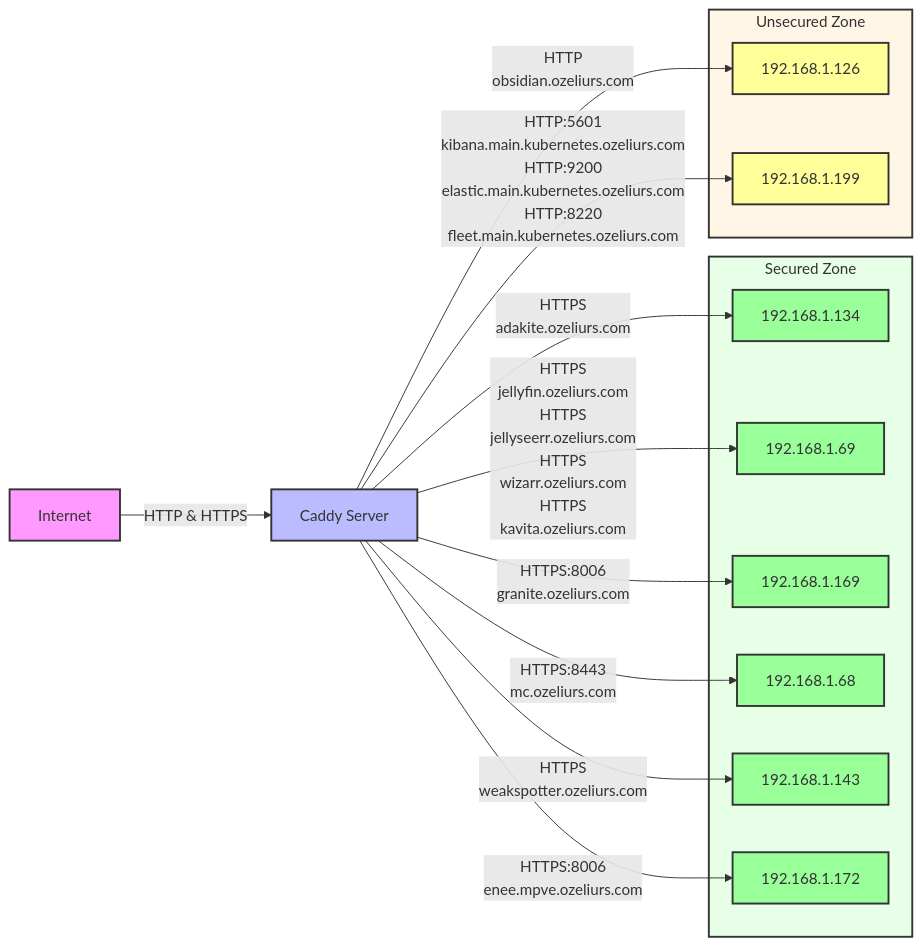
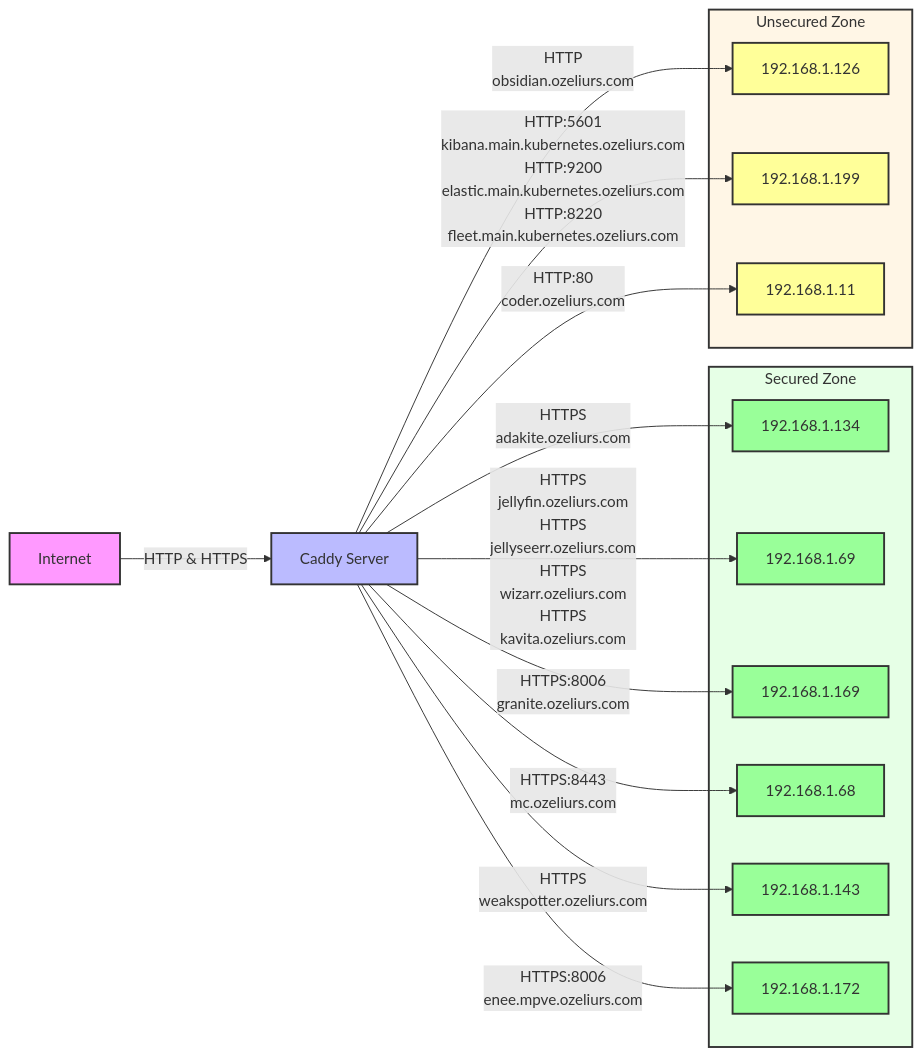
The diagram in README.md (ozeliurs/dc-reverse-proxy-config), drawn with Mermaid before and after one commit. The commit also changed 1 other file, not shown here.

Commit message:
Generate and update Caddyfile, Mermaid diagram, and Dockerfile

````diff
--- a/README.md
+++ b/README.md
@@ -34,54 +34,57 @@
 ```mermaid
 graph LR
     %% Style definitions
     classDef internet fill:#f9f,stroke:#333,stroke-width:2px;
     classDef proxy fill:#bbf,stroke:#333,stroke-width:2px;
     classDef backend fill:#bfb,stroke:#333,stroke-width:2px;
     classDef secure fill:#9f9,stroke:#333,stroke-width:2px;
     classDef unsecure fill:#ff9,stroke:#333,stroke-width:2px;
 
     %% Nodes
     I[Internet]
     C[Caddy Server]
 
     %% Apply styles
     class I internet
     class C proxy
 
     %% Base connections
     I -->|HTTP & HTTPS| C
 
     %% Backend groups
     subgraph Secured[Secured Zone]
         style Secured fill:#e6ffe6,stroke:#333,stroke-width:2px
         S0[192.168.1.134]
         class S0 secure
         S1[192.168.1.69]
         class S1 secure
         S2[192.168.1.169]
         class S2 secure
         S3[192.168.1.68]
         class S3 secure
         S4[192.168.1.143]
         class S4 secure
         S5[192.168.1.172]
         class S5 secure
     end
 
     subgraph Unsecured[Unsecured Zone]
         style Unsecured fill:#fff6e6,stroke:#333,stroke-width:2px
         U0[192.168.1.126]
         class U0 unsecure
         U1[192.168.1.199]
         class U1 unsecure
+        U2[192.168.1.11]
+        class U2 unsecure
     end
 
     C -->|HTTPS<br>adakite.ozeliurs.com| S0
     C -->|HTTPS<br>jellyfin.ozeliurs.com<br>HTTPS<br>jellyseerr.ozeliurs.com<br>HTTPS<br>wizarr.ozeliurs.com<br>HTTPS<br>kavita.ozeliurs.com| S1
     C -->|HTTPS:8006<br>granite.ozeliurs.com| S2
     C -->|HTTPS:8443<br>mc.ozeliurs.com| S3
     C -->|HTTP<br>obsidian.ozeliurs.com| U0
     C -->|HTTPS<br>weakspotter.ozeliurs.com| S4
     C -->|HTTP:5601<br>kibana.main.kubernetes.ozeliurs.com<br>HTTP:9200<br>elastic.main.kubernetes.ozeliurs.com<br>HTTP:8220<br>fleet.main.kubernetes.ozeliurs.com| U1
     C -->|HTTPS:8006<br>enee.mpve.ozeliurs.com| S5
+    C -->|HTTP:80<br>coder.ozeliurs.com| U2
 ```
````
